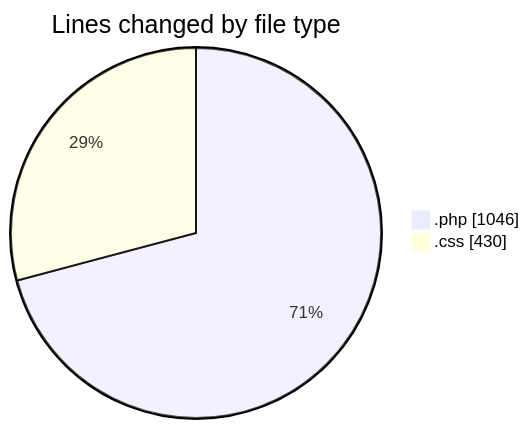
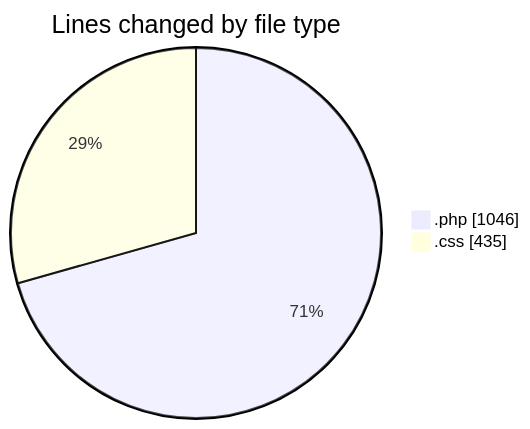
Before and after one commit to LanceThiago/code-tracking: the first of 2 diagrams in 2026-09-15/web/README.md, drawn with Mermaid. The commit also changed other lines of this file and 1 other file, not shown here.

````diff
--- a/2026-09-15/web/README.md
+++ b/2026-09-15/web/README.md
@@ -27,6 +27,6 @@
 ```mermaid
 pie showData
 title Lines changed by file type
 ".php" : 1046
-".css" : 430
+".css" : 435
 ```
````
